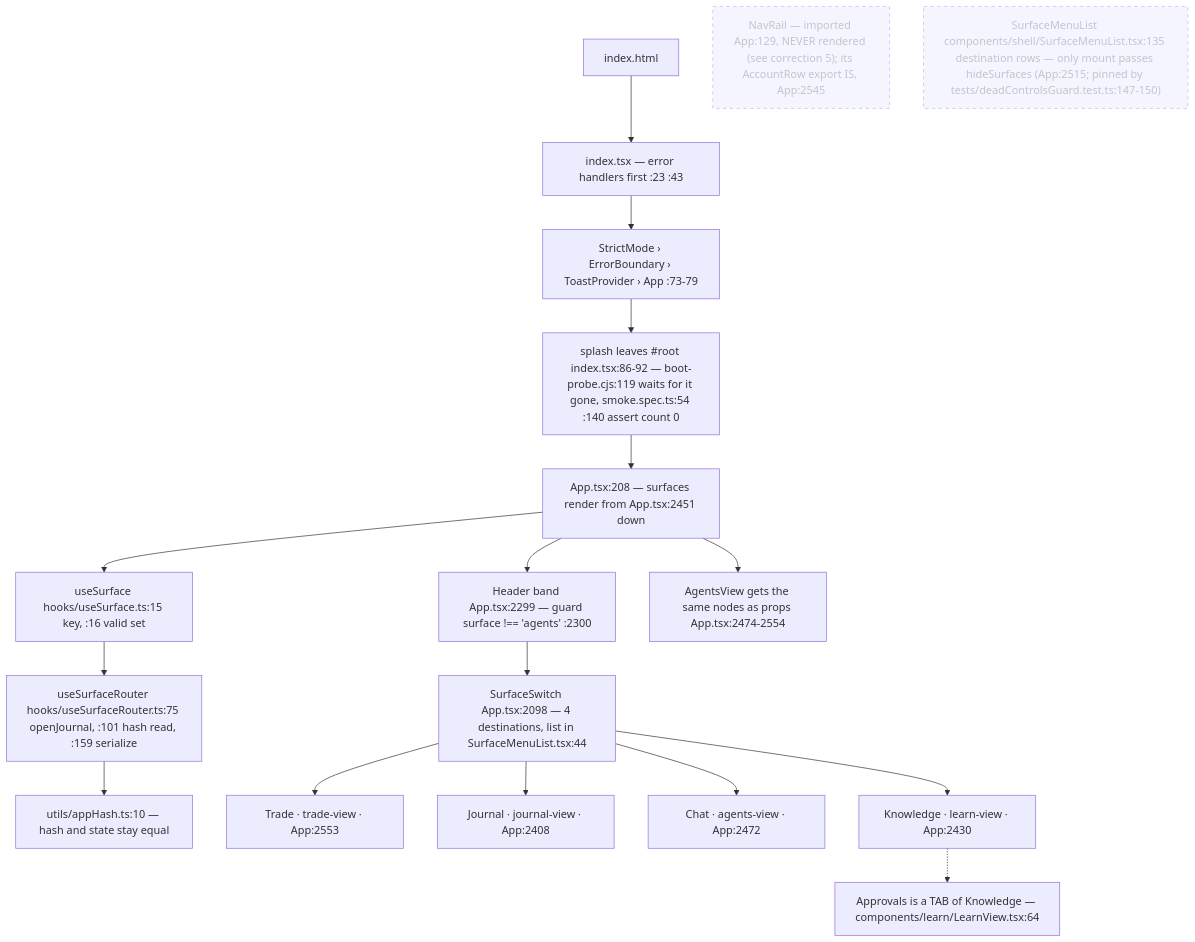
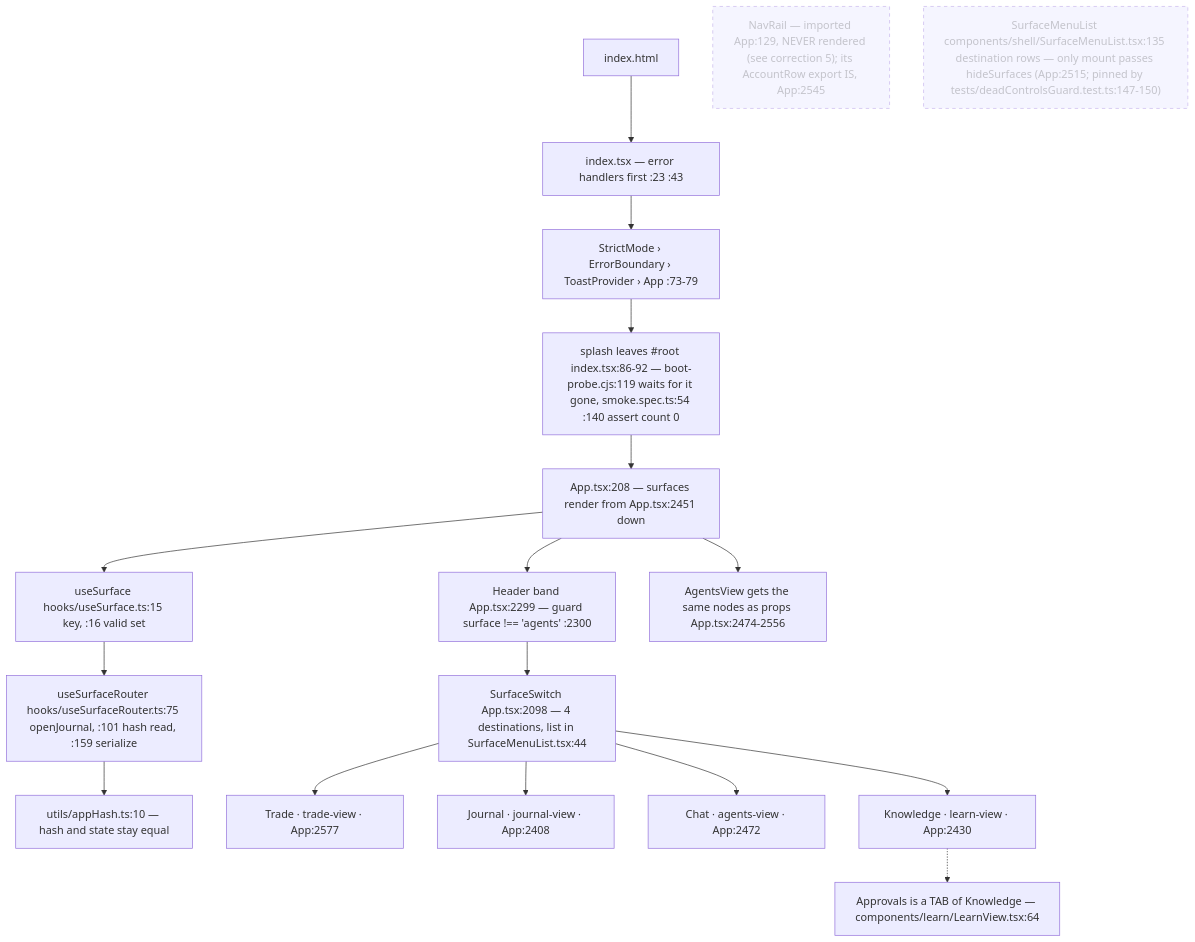
One commit to Acepay25/august-3.5 changed the first of 7 diagrams in docs/app-flow.md. Above: the diagram before and after it, drawn with Mermaid. The commit also changed other lines of this file and 14 other files, not shown here.

````diff
--- a/docs/app-flow.md
+++ b/docs/app-flow.md
@@ -32,21 +32,21 @@
 ```mermaid
 flowchart TD
     H["index.html"] --> I["index.tsx — error handlers first :23 :43"]
     I --> S["StrictMode › ErrorBoundary › ToastProvider › App :73-79"]
     S --> SP["splash leaves #root index.tsx:86-92 — boot-probe.cjs:119 waits for it gone, smoke.spec.ts:54 :140 assert count 0"]
     SP --> APP["App.tsx:208 — surfaces render from App.tsx:2451 down"]
     APP --> US["useSurface hooks/useSurface.ts:15 key, :16 valid set"]
     US --> UR["useSurfaceRouter hooks/useSurfaceRouter.ts:75 openJournal, :101 hash read, :159 serialize"]
     UR --> HASH["utils/appHash.ts:10 — hash and state stay equal"]
     APP --> HD["Header band App.tsx:2299 — guard surface !== 'agents' :2300"]
     HD --> SW["SurfaceSwitch App.tsx:2098 — 4 destinations, list in SurfaceMenuList.tsx:44"]
-    APP --> AV["AgentsView gets the same nodes as props App.tsx:2474-2554"]
-    SW --> T["Trade · trade-view · App:2553"]
+    APP --> AV["AgentsView gets the same nodes as props App.tsx:2474-2556"]
+    SW --> T["Trade · trade-view · App:2577"]
     SW --> J["Journal · journal-view · App:2408"]
     SW --> C["Chat · agents-view · App:2472"]
     SW --> K["Knowledge · learn-view · App:2430"]
     K -.-> AP["Approvals is a TAB of Knowledge — components/learn/LearnView.tsx:64"]
     NR["NavRail — imported App:129, NEVER rendered (see correction 5); its AccountRow export IS, App:2545"]:::dead
     SM["SurfaceMenuList components/shell/SurfaceMenuList.tsx:135 destination rows — only mount passes hideSurfaces (App:2515; pinned by tests/deadControlsGuard.test.ts:147-150)"]:::dead
     classDef dead stroke-dasharray: 5 5,opacity:.5
 ```
````
